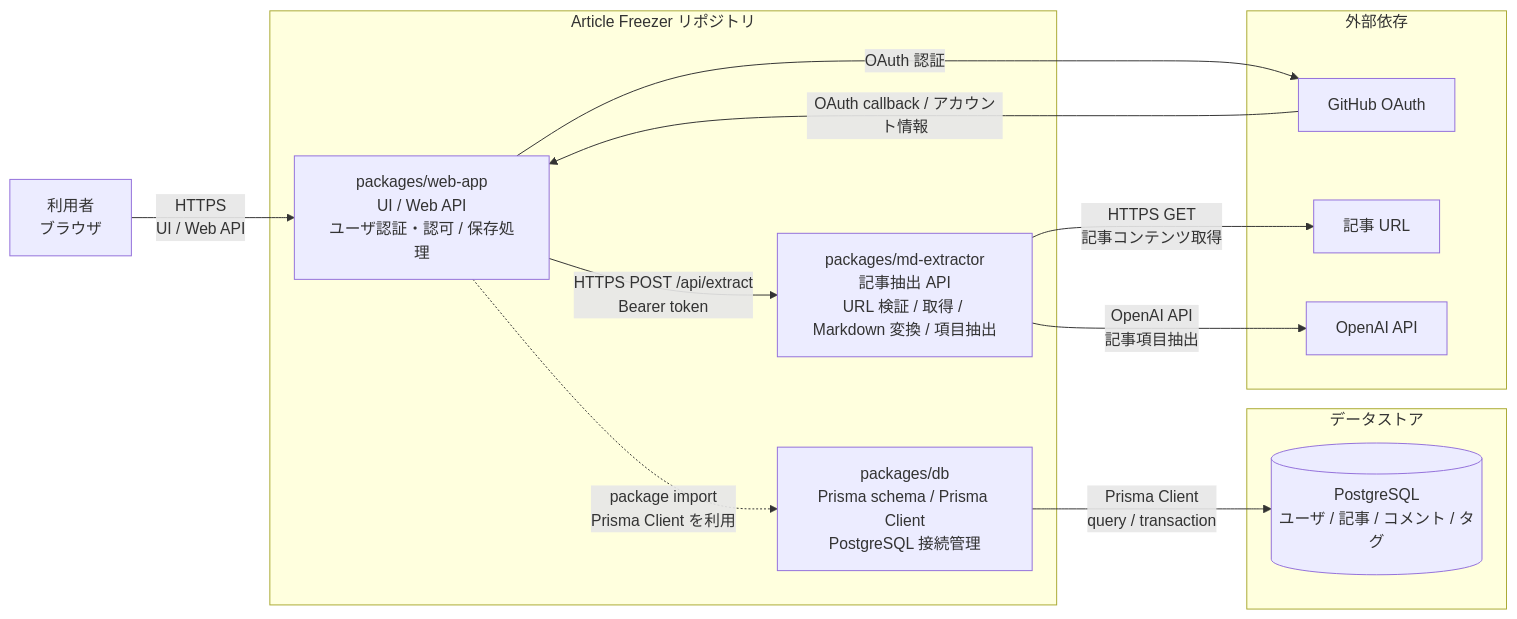
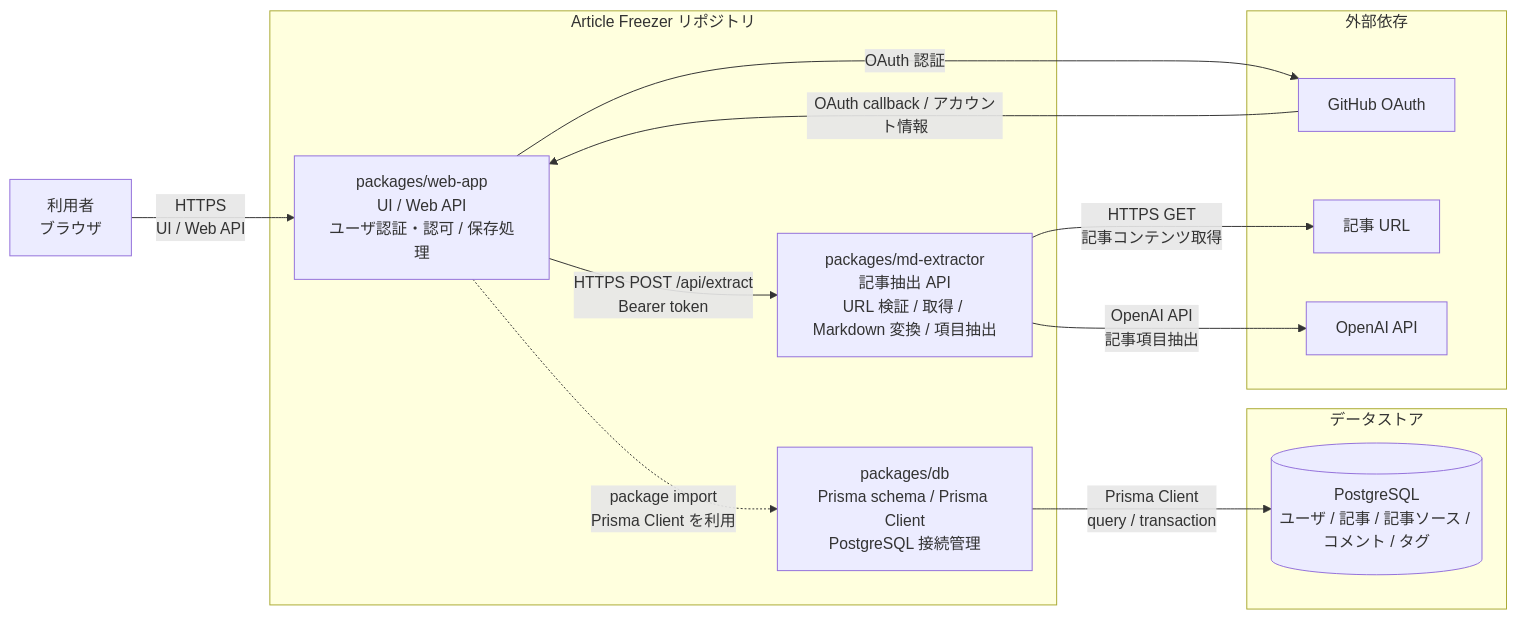
Before and after one commit to 2-yudetama/article-freezer: the diagram in docs/architecture/system-overview.md, drawn with Mermaid. The commit also changed 1 other file, not shown here.

Commit message:
📝 構成図のレビュー指摘を反映 (#72)
・OAuth callback とデプロイ経路の通信主体を修正
・migration 検出条件と run の完了保証範囲を明記
・PostgreSQL の永続化対象を図と責務表で一致

````diff
--- a/docs/architecture/system-overview.md
+++ b/docs/architecture/system-overview.md
@@ -8,29 +8,29 @@
 ```mermaid
 flowchart LR
     User["利用者<br/>ブラウザ"]
 
     subgraph Repository["Article Freezer リポジトリ"]
         WebApp["packages/web-app<br/>UI / Web API<br/>ユーザ認証・認可 / 保存処理"]
         MdExtractor["packages/md-extractor<br/>記事抽出 API<br/>URL 検証 / 取得 / Markdown 変換 / 項目抽出"]
         DbPackage["packages/db<br/>Prisma schema / Prisma Client<br/>PostgreSQL 接続管理"]
     end
 
     subgraph DataStore["データストア"]
-        PostgreSQL[("PostgreSQL<br/>ユーザ / 記事 / コメント / タグ")]
+        PostgreSQL[("PostgreSQL<br/>ユーザ / 記事 / 記事ソース / コメント / タグ")]
     end
 
     subgraph External["外部依存"]
         GitHub["GitHub OAuth"]
         ArticleUrl["記事 URL"]
         OpenAI["OpenAI API"]
     end
 
     User -->|"HTTPS<br/>UI / Web API"| WebApp
     WebApp -->|"OAuth 認証"| GitHub
     GitHub -->|"OAuth callback / アカウント情報"| WebApp
     WebApp -->|"HTTPS POST /api/extract<br/>Bearer token"| MdExtractor
     MdExtractor -->|"HTTPS GET<br/>記事コンテンツ取得"| ArticleUrl
     MdExtractor -->|"OpenAI API<br/>記事項目抽出"| OpenAI
     WebApp -.->|"package import<br/>Prisma Client を利用"| DbPackage
     DbPackage -->|"Prisma Client<br/>query / transaction"| PostgreSQL
 ```
````
